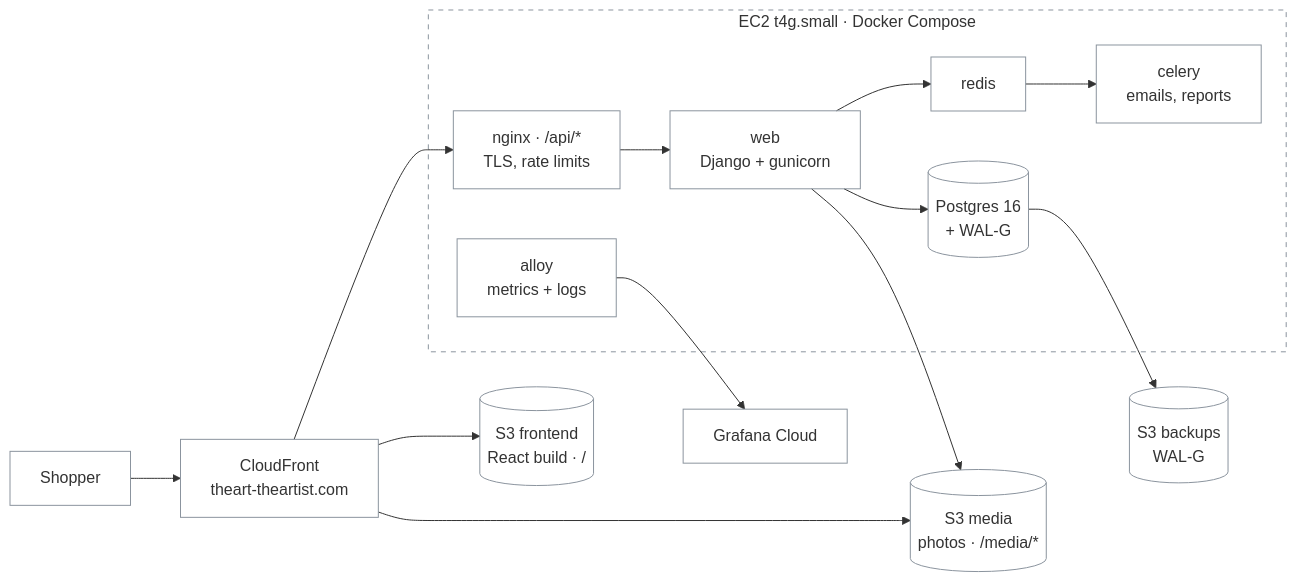
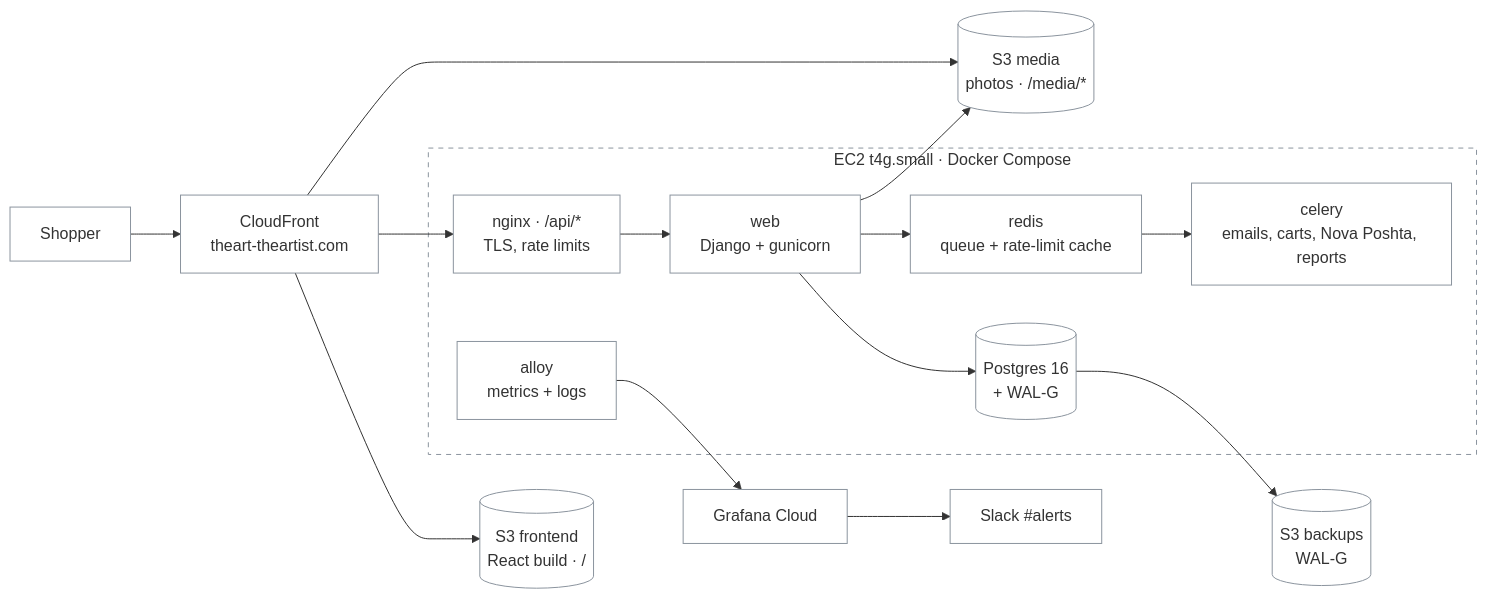
One commit to MateTeam251/brand-clothing-tp251 changed the first of 2 diagrams in docs/devops-overview.md. Above: the diagram before and after it, drawn with Mermaid. The commit also changed other lines of this file and 7 other files, not shown here.

````diff
--- a/docs/devops-overview.md
+++ b/docs/devops-overview.md
@@ -22,19 +24,19 @@
 ```mermaid
 flowchart LR
     U[Shopper] --> CF[CloudFront<br/>theart-theartist.com]
     CF --> FE[(S3 frontend<br/>React build · /)]
     CF --> NG
     subgraph EC2 ["EC2 t4g.small · Docker Compose"]
         NG[nginx · /api/*<br/>TLS, rate limits] --> WEB[web<br/>Django + gunicorn]
         WEB --> DB[(Postgres 16<br/>+ WAL-G)]
-        WEB --> RD[redis] --> CEL[celery<br/>emails, reports]
+        WEB --> RD[redis<br/>queue + rate-limit cache] --> CEL[celery<br/>emails, carts, Nova Poshta, reports]
         AL[alloy<br/>metrics + logs]
     end
     CF --> MEDIA[(S3 media<br/>photos · /media/*)]
     WEB --> MEDIA
     DB --> BK[(S3 backups<br/>WAL-G)]
-    AL --> GF[Grafana Cloud]
+    AL --> GF[Grafana Cloud] --> SL[Slack #alerts]
     %% Transparent boxes: readable in GitHub light and dark mode
     classDef default fill:transparent,stroke:#8b949e,stroke-width:1px
     style EC2 fill:transparent,stroke:#8b949e,stroke-dasharray:5 5
 ```
````
